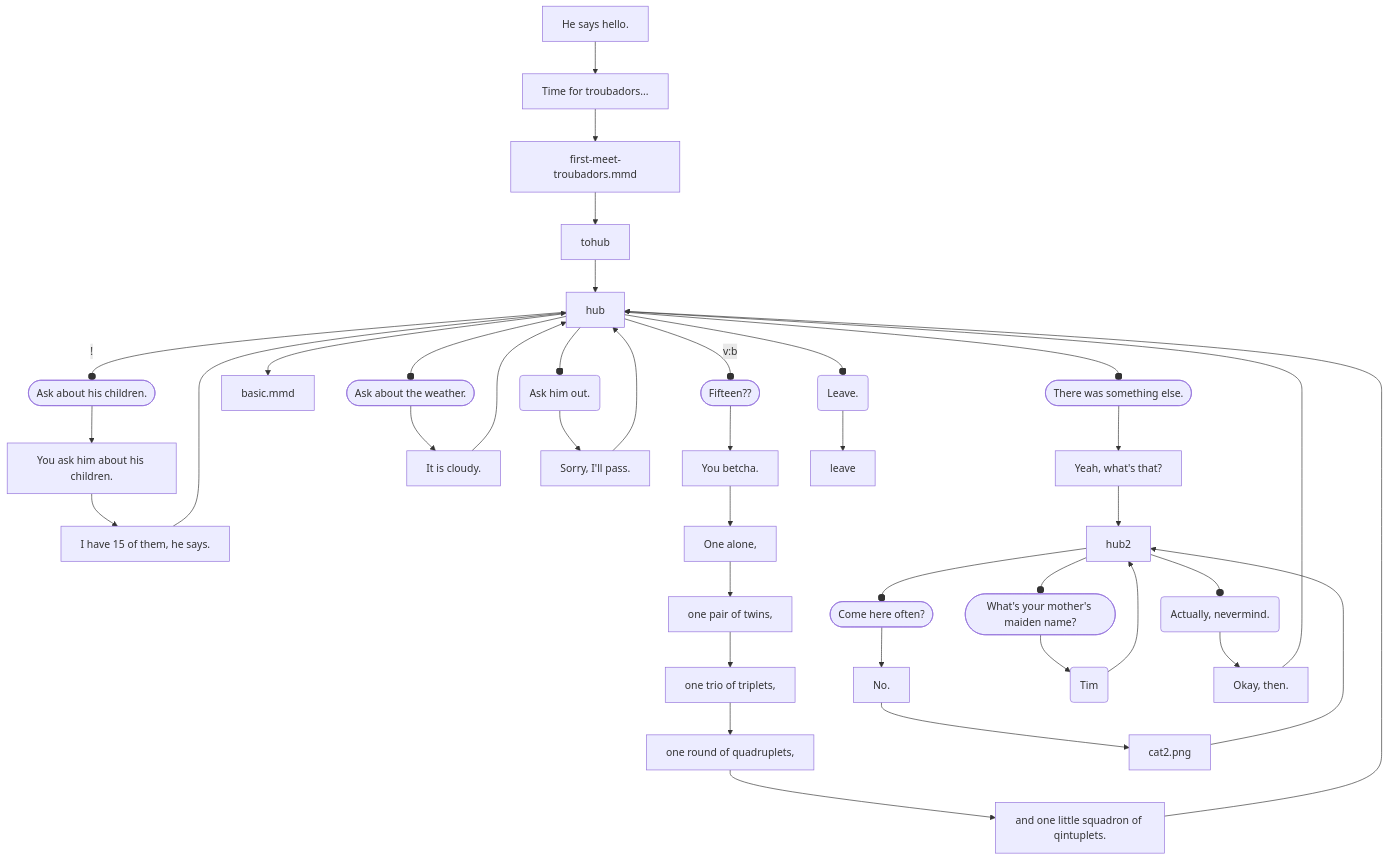
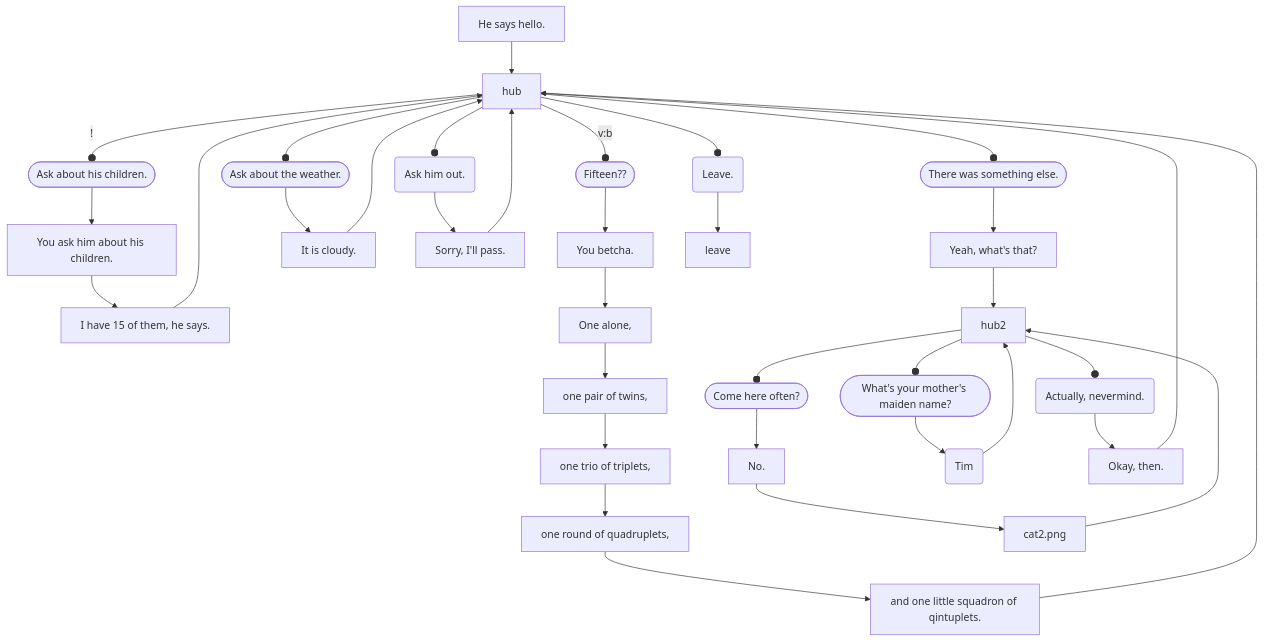
The diagram in src/assets/scenes/_test.mmd (probablyduncan/cafe), drawn with Mermaid before and after one commit. The commit also changed 4 other files, not shown here.

```diff
--- a/src/assets/scenes/_test.mmd
+++ b/src/assets/scenes/_test.mmd
@@ -1,37 +1,34 @@
 flowchart TD
 %% i[Hey] --edge text--> ii[Hi] --> |ooh| iii[Ho]
 
 %% i --> |Take a bite.| iv[You take a bite.]
 %% i --> return
 
 %% c1(The first choice.)
 %% c2((The second choice.))
 %% c3(((The third choice.)))
 %% c4([The fourth choice.])
 
 %% c[It looks pretty tasty.] -- hasTeeth --> c5[[Take a bite.]] --!hasTeeth--> c6[You take a bite.]
 
-oog[He says hello.] --> ooga[Time for troubadors...] --> booga[first-meet-troubadors.mmd] --> tohub
-
-
-tohub --> hub
+oog[He says hello.] --> hub
 
 hub -- ! --o b([Ask about his children.]) --> ba[You ask him about his children.] --> be[I have 15 of them, he says.] --> hub
 
 hub -- v:b --o bb([Fifteen??]) --> bc[You betcha.] 
 --> bd[One alone,] 
 --> bi[one pair of twins,] 
 --> bf[one trio of triplets,]
 --> bg[one round of quadruplets,]
 --> bh[and one little squadron of qintuplets.] --> hub
 
-hub --> z[basic.mmd]
+%% hub --> z[basic.mmd]
 
 hub --o u([Ask about the weather.]) --> ua[It is cloudy.] --> hub
 hub --o d(Ask him out.) --> da[Sorry, I'll pass.] --> hub
 hub --o e([There was something else.]) --> e3[Yeah, what's that?] --> hub2
 hub --o a(Leave.) --> leave
 
 hub2 --o b2([Come here often?]) --> b2a[No.] --> cat2[cat2.png] --> hub2
 hub2 --o d2([What's your mother's maiden name?]) --> d2a(Tim) --> hub2
 hub2 --o a2(Actually, nevermind.) --> e2[Okay, then.] --> hub
```
